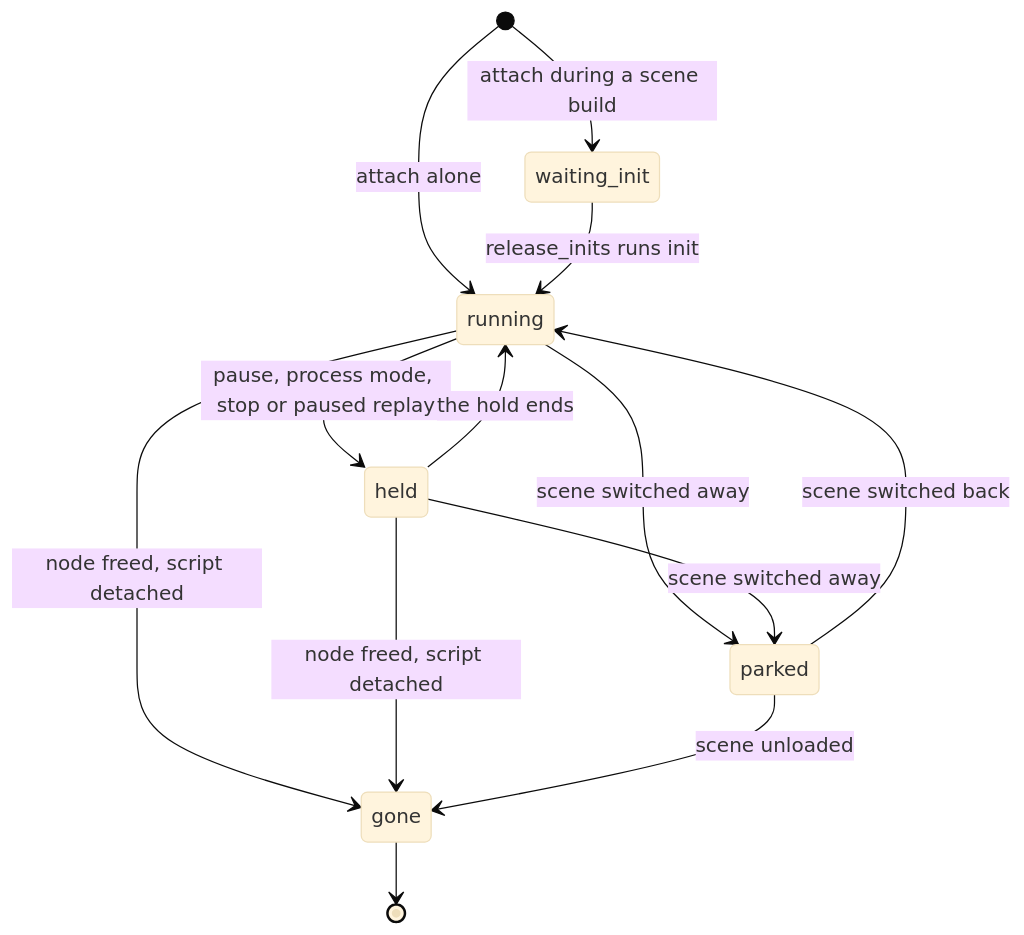
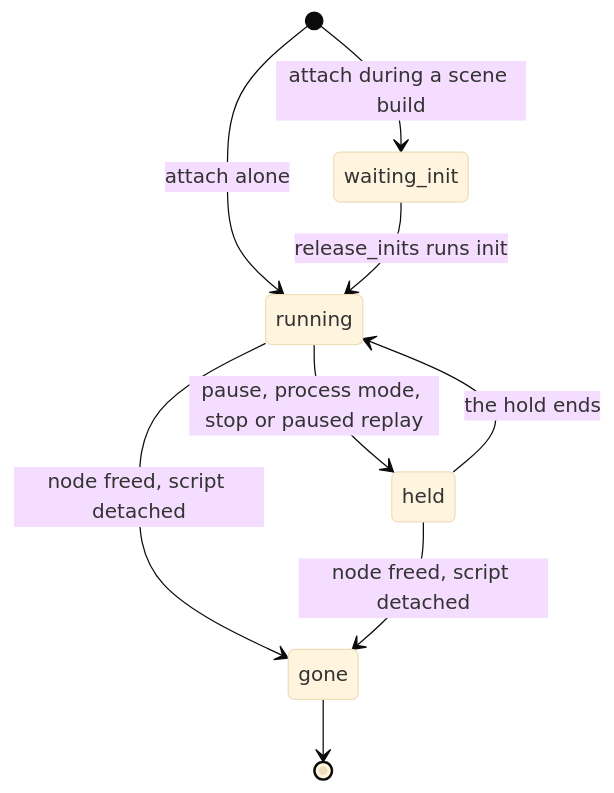
Before and after one commit to balaurengine/balaur: the eighth of 11 diagrams in docs/LIFECYCLE.md, drawn with Mermaid (base theme). The commit also changed other lines of this file and 187 other files, not shown here.

````diff
--- a/docs/LIFECYCLE.md
+++ b/docs/LIFECYCLE.md
@@ -373,15 +368,11 @@
 ```mermaid
 stateDiagram-v2
     [*] --> waiting_init: attach during a scene build
     [*] --> running: attach alone
     waiting_init --> running: release_inits runs init
     running --> held: pause, process mode, stop or paused replay
     held --> running: the hold ends
-    running --> parked: scene switched away
-    held --> parked: scene switched away
-    parked --> running: scene switched back
     running --> gone: node freed, script detached
     held --> gone: node freed, script detached
-    parked --> gone: scene unloaded
     gone --> [*]
 ```
````
